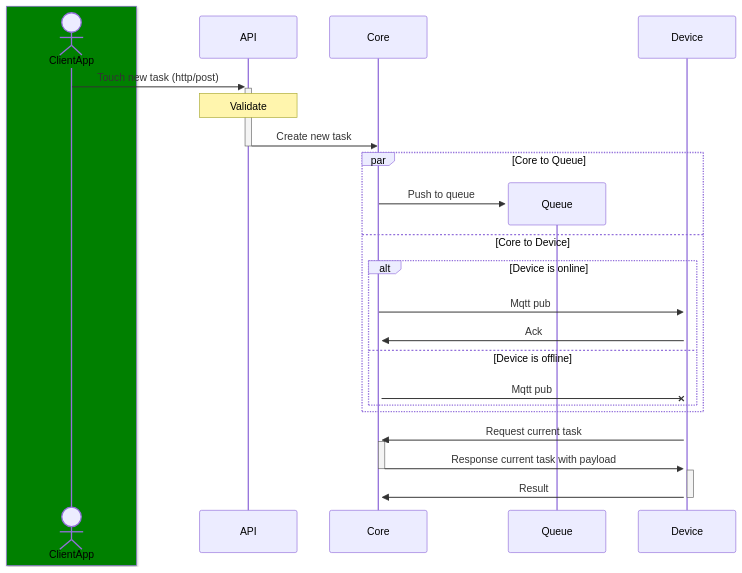
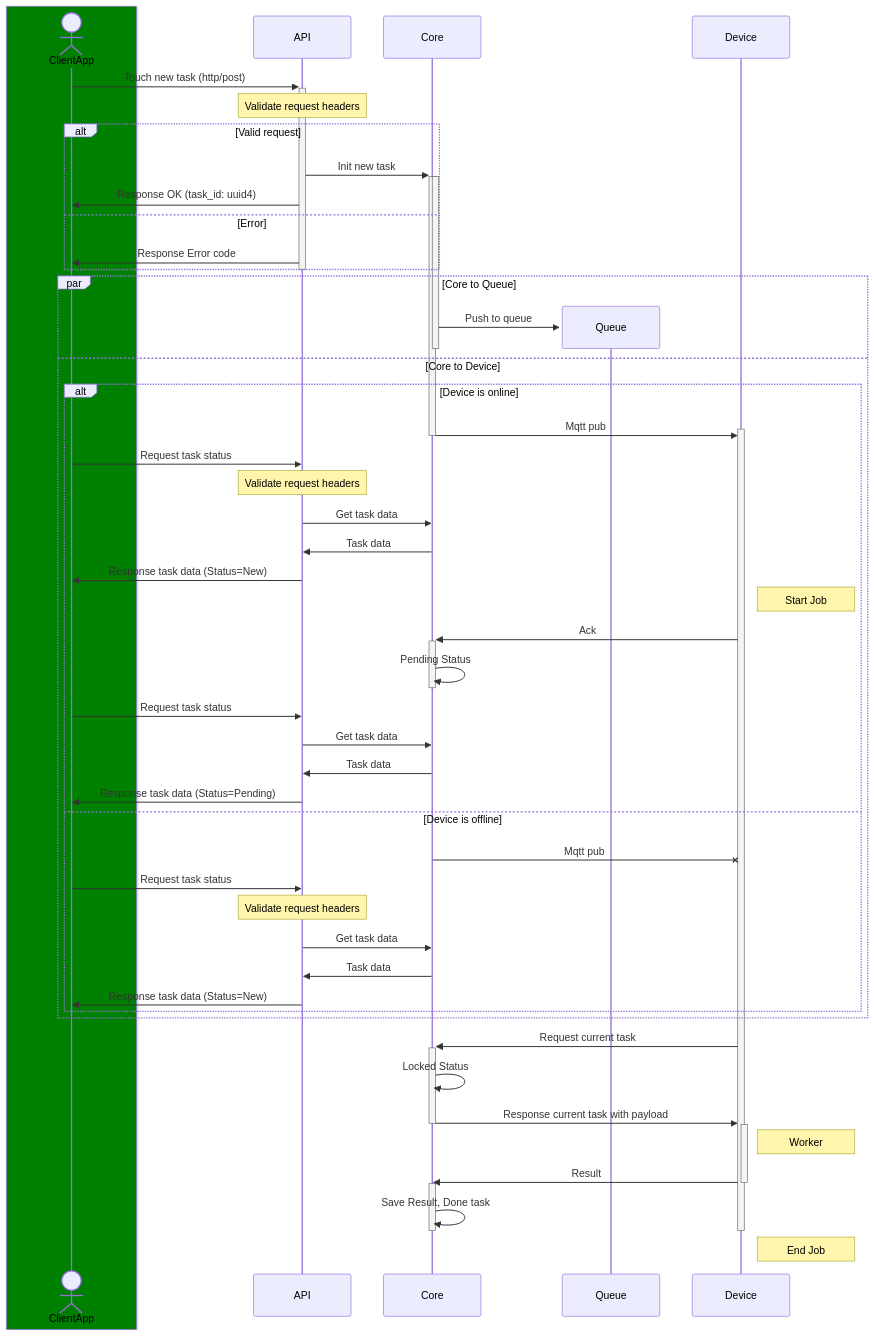
The diagram in README.md (OlegLebedevRU/iot-rpc-rest-app), drawn with Mermaid before and after one commit.

Commit message:
readme diag v0.3

````diff
--- a/README.md
+++ b/README.md
@@ -68,32 +68,65 @@
 ```mermaid
 sequenceDiagram
     box Green
     actor ClientApp
     end
     participant API  
     participant Core
    
 
 
     ClientApp->>+API: Touch new task (http/post)
-    Note over API: Validate
-    API->>-Core: Create new task
+    Note over API: Validate request headers
     
+    alt Valid request
+        API->>+Core: Init new task
+        activate Core
+        API->>ClientApp: Response OK (task_id: uuid4)
+    else Error
+        API->>ClientApp: Response Error code
+    end   
+    deactivate API
     par Core to Queue       
         create participant Queue
-        Core->>Queue:Push to queue
+        Core->>-Queue:Push to queue
     and Core to Device
         alt Device is online
             Core->>+Device:Mqtt pub
+            deactivate Core
+    ClientApp->>API: Request task status
+    Note over API: Validate request headers
+    API->>Core: Get task data
+    Core->>API: Task data
+    API->> ClientApp: Response task data (Status=New)        
+            Note right of Device: Start Job
             Device->>+Core:Ack
+            Core->>-Core: Pending Status
+    ClientApp->>API: Request task status
+    API->>Core: Get task data
+    Core->>API: Task data
+    API->> ClientApp: Response task data (Status=Pending)
         else Device is offline
             Core-xDevice:Mqtt pub
-        end           
+    ClientApp->>API: Request task status
+    Note over API: Validate request headers
+    API->>Core: Get task data
+    Core->>API: Task data
+    API->> ClientApp: Response task data (Status=New)
+        end        
+
     end
     
     Device->>+Core: Request current task
+    Core->>Core: Locked Status
     Core->>-Device: Response current task with payload
     activate Device
+    Note right of Device: Worker
     Device->>-Core: Result
+    activate Core
+    Core->>Core: Save Result, Done task    
+    deactivate Device
+    deactivate Core
+    Note right of Device: End Job
+    
     
 ```
````
